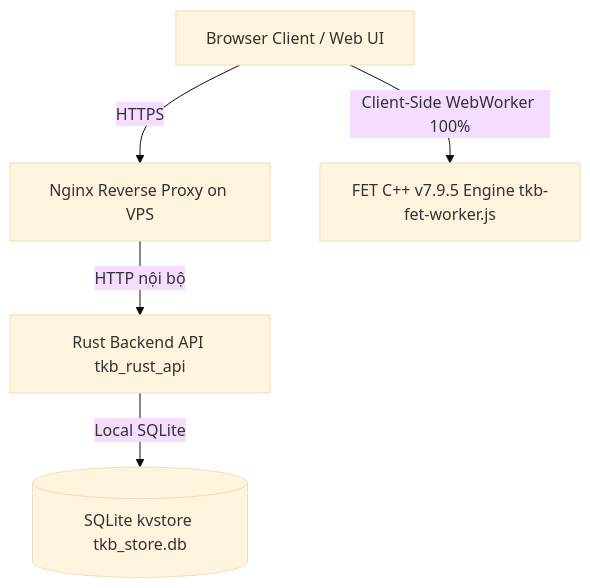
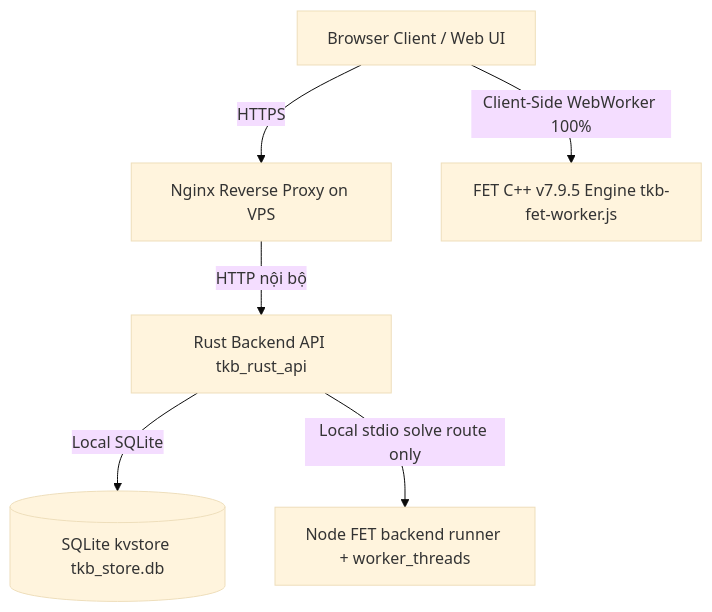
Before and after one commit to thoikhoabieucherry/TKBCherry: the diagram in PROJECT_INHERITANCE_GUIDE.md, drawn with Mermaid (base theme). The commit also changed other lines of this file and 12 other files, not shown here.

Commit message:
feat: add local parallel FET backend lanes

````diff
--- a/PROJECT_INHERITANCE_GUIDE.md
+++ b/PROJECT_INHERITANCE_GUIDE.md
@@ -14,7 +14,8 @@
 ```mermaid
 graph TD
     A[Browser Client / Web UI] -->|HTTPS| B[Nginx Reverse Proxy on VPS]
     B -->|HTTP nội bộ| C[Rust Backend API tkb_rust_api]
     C -->|Local SQLite| D[(SQLite kvstore tkb_store.db)]
     A -->|Client-Side WebWorker 100%| E[FET C++ v7.9.5 Engine tkb-fet-worker.js]
+    C -->|Local stdio solve route only| F[Node FET backend runner + worker_threads]
 ```
````
